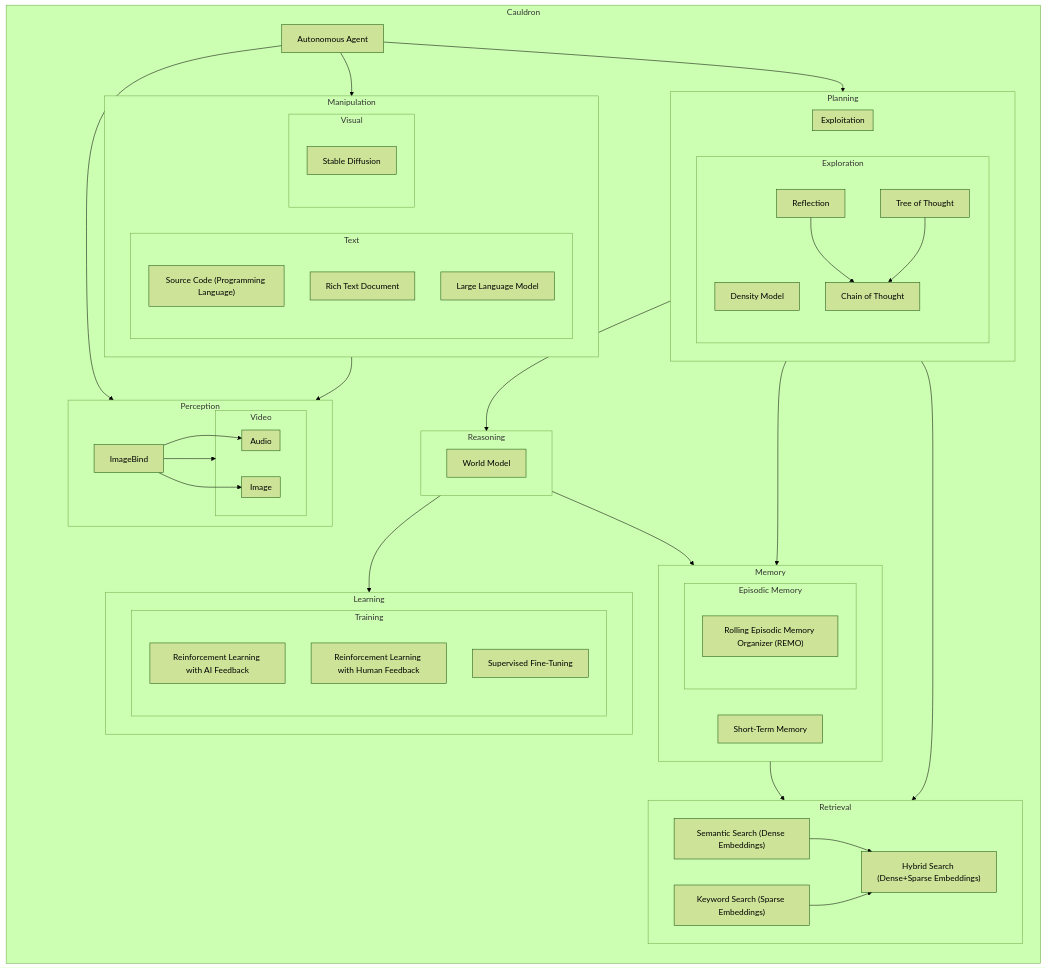
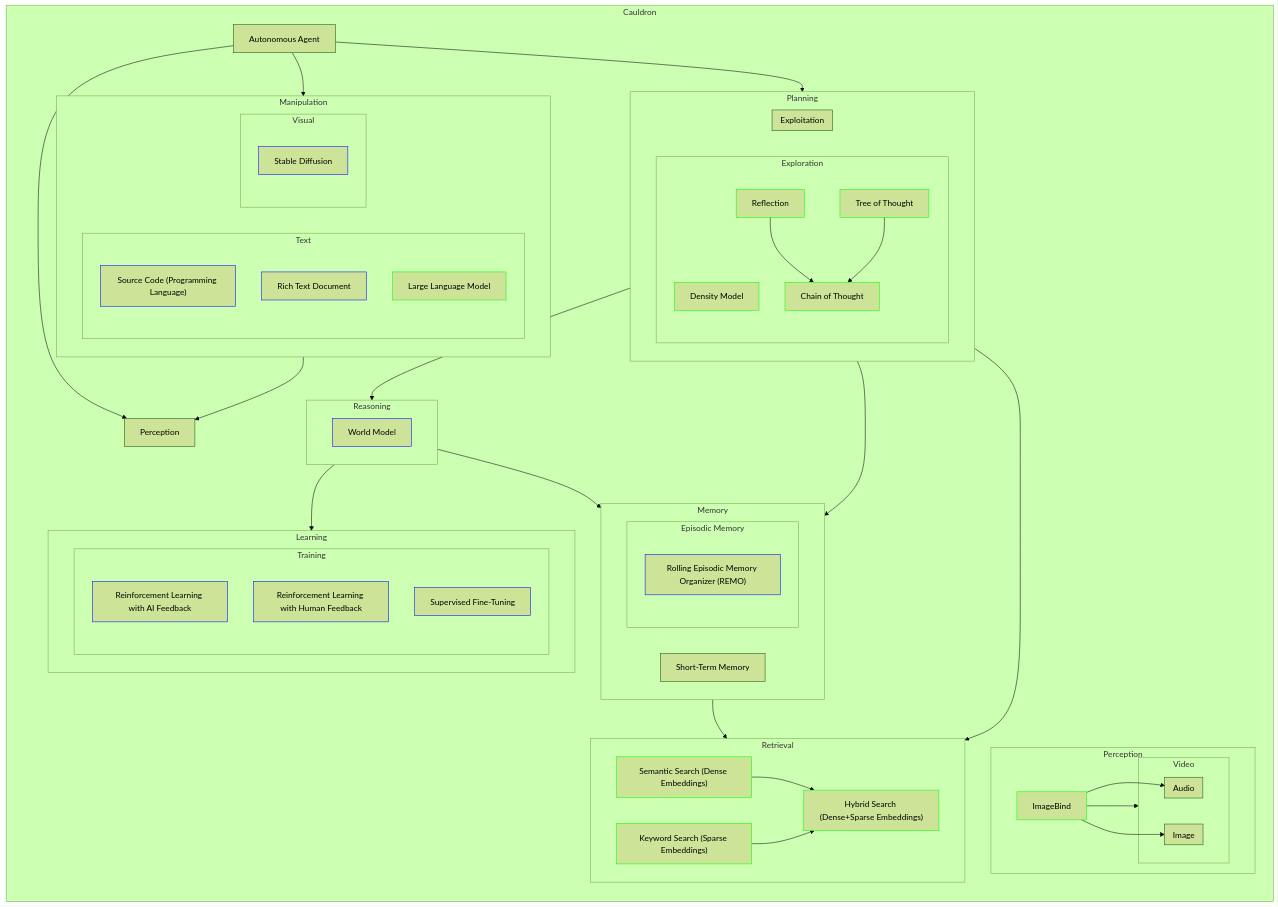
Before and after one commit to Glavin001/Cauldron: the diagram in README.md, drawn with Mermaid (forest theme).

Commit message:
Add styling to nodes

````diff
--- a/README.md
+++ b/README.md
@@ -10,10 +10,8 @@
 Agent[Autonomous Agent]
 Agent-->Perception & Manipulation & Planning
 
-subgraph Perception
-  ImageBind
-  
-  ImageBind-->Video & Image & Audio
+subgraph Perception  
+  ImageBind:::done-->Video & Image & Audio
   subgraph Video
     subgraph Image
     end
@@ -25,31 +23,31 @@
 Manipulation-->Perception
 subgraph Manipulation
   subgraph Text
-    Code["Source Code (Programming Language)"]
-    RichDoc[Rich Text Document]
-    LLM[Large Language Model]
+    Code["Source Code (Programming Language)"]:::wip
+    RichDoc[Rich Text Document]:::wip
+    LLM[Large Language Model]:::done
   end
   subgraph Visual
-    SD[Stable Diffusion]
+    SD[Stable Diffusion]:::wip
   end
 end
 
 Reasoning-->Learning
 subgraph Learning
   subgraph Training
-    RLAIF[Reinforcement Learning with AI Feedback]
-    RLHF[Reinforcement Learning with Human Feedback]
-    SFT[Supervised Fine-Tuning]
+    RLAIF[Reinforcement Learning with AI Feedback]:::wip
+    RLHF[Reinforcement Learning with Human Feedback]:::wip
+    SFT[Supervised Fine-Tuning]:::wip
   end
 end
 
 subgraph Planning
   subgraph Exploration
-    Density[Density Model]
-    ToT[Tree of Thought]
-    Reflection
+    Density[Density Model]:::done
+    ToT[Tree of Thought]:::done
+    Reflection:::done
     Reflection & ToT-->CoT
-    CoT[Chain of Thought]
+    CoT[Chain of Thought]:::done
   end
 
   subgraph Exploitation
@@ -59,13 +57,13 @@
 
 Planning-->Reasoning
 subgraph Reasoning
-  WorldModel[World Model]
+  WorldModel[World Model]:::wip
 end
 
 Reasoning & Planning-->Memory
 subgraph Memory
   subgraph Episodic[Episodic Memory]
-    REMO["Rolling Episodic Memory Organizer (REMO)"]
+    REMO["Rolling Episodic Memory Organizer (REMO)"]:::wip
     click REMO href "https://github.com/daveshap/REMO_Framework" _blank
   end
   ShortTerm[Short-Term Memory]
@@ -74,11 +72,16 @@
 
 Memory & Planning-->Retrieval
 subgraph Retrieval
-  Hybrid["Hybrid Search (Dense+Sparse Embeddings)"]
+
+  Hybrid["Hybrid Search (Dense+Sparse Embeddings)"]:::done
   Semantic & Keyword --> Hybrid
-  Semantic["Semantic Search (Dense Embeddings)"]
-  Keyword["Keyword Search (Sparse Embeddings)"]
+  Semantic["Semantic Search (Dense Embeddings)"]:::done
+  Keyword["Keyword Search (Sparse Embeddings)"]:::done
 end
 
 end
+
+classDef missing stroke:#f00
+classDef done stroke:#0f0
+classDef wip stroke:#00f
 ```
````
